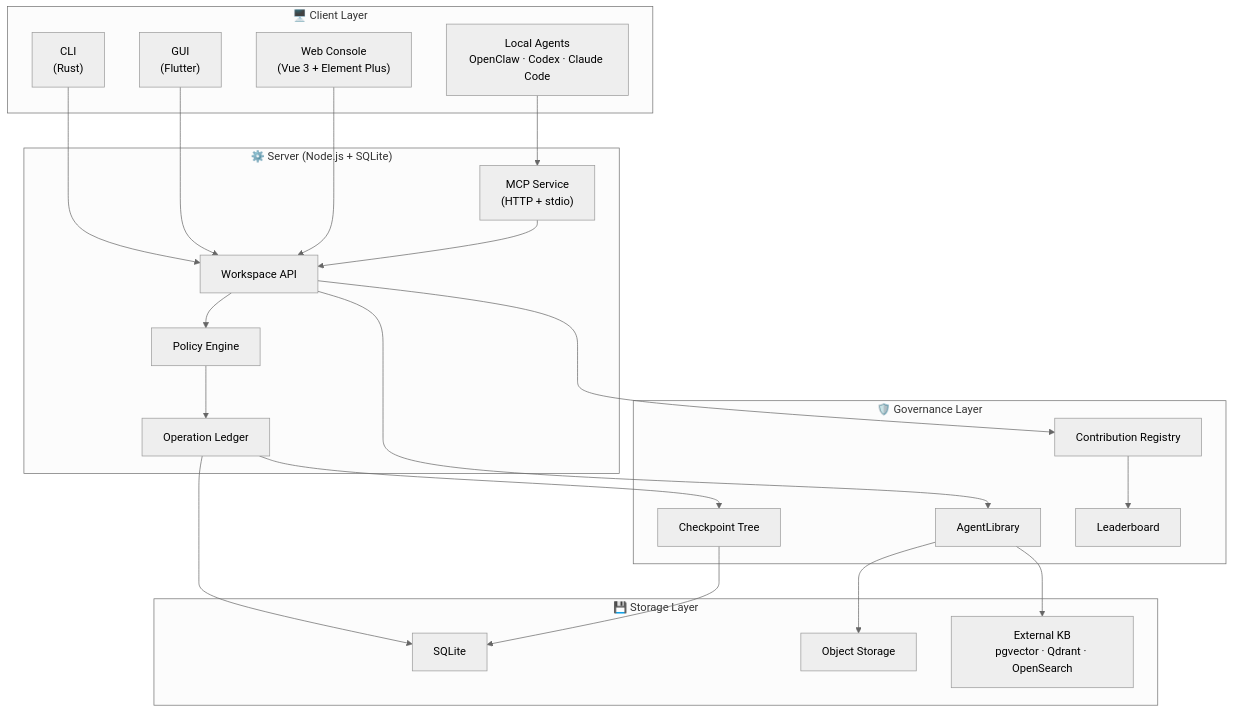
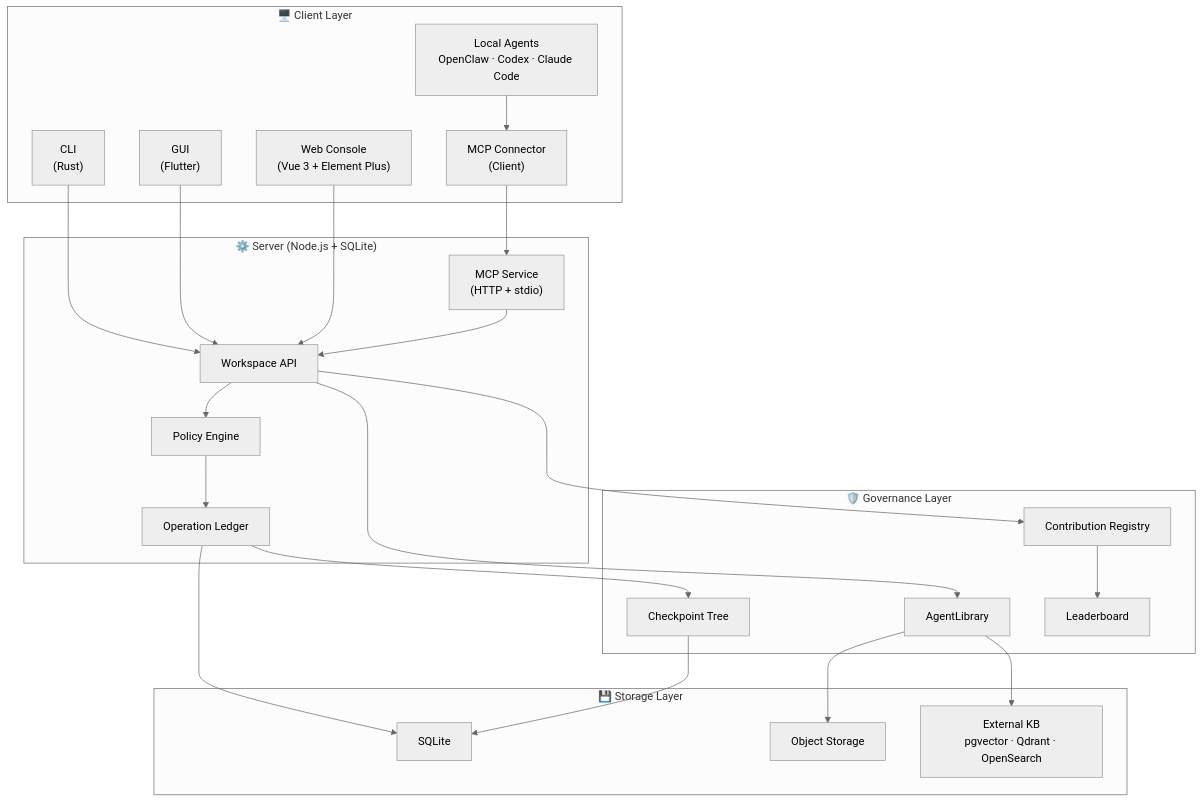
Before and after one commit to Unka-Malloc/Pact: the diagram in README.md, drawn with Mermaid (neutral theme). The commit also changed other lines of this file and 1 other file, not shown here.

Commit message:
docs: update architecture diagram and streamline project introduction

````diff
--- a/README.md
+++ b/README.md
@@ -21,45 +22,47 @@
 ```mermaid
 graph TB
     subgraph Clients["🖥️ Client Layer"]
         CLI["CLI<br/>(Rust)"]
         GUI["GUI<br/>(Flutter)"]
         Console["Web Console<br/>(Vue 3 + Element Plus)"]
+        MCPClient["MCP Connector<br/>(Client)"]
         Agents["Local Agents<br/>OpenClaw · Codex · Claude Code"]
     end
 
     subgraph Server["⚙️ Server (Node.js + SQLite)"]
         MCP["MCP Service<br/>(HTTP + stdio)"]
         API["Workspace API"]
         Policy["Policy Engine"]
         Ledger["Operation Ledger"]
     end
 
     subgraph Governance["🛡️ Governance Layer"]
         CPT["Checkpoint Tree"]
         AL["AgentLibrary"]
         CR["Contribution Registry"]
         LB["Leaderboard"]
     end
 
     subgraph Storage["💾 Storage Layer"]
         SQLite["SQLite"]
         Objects["Object Storage"]
         ExtKB["External KB<br/>pgvector · Qdrant · OpenSearch"]
     end
 
     CLI --> API
     GUI --> API
     Console --> API
-    Agents --> MCP
+    Agents --> MCPClient
+    MCPClient --> MCP
     MCP --> API
     API --> Policy
     Policy --> Ledger
     Ledger --> CPT
     API --> AL
     API --> CR
     CR --> LB
     Ledger --> SQLite
     CPT --> SQLite
     AL --> Objects
     AL --> ExtKB
 ```
````
